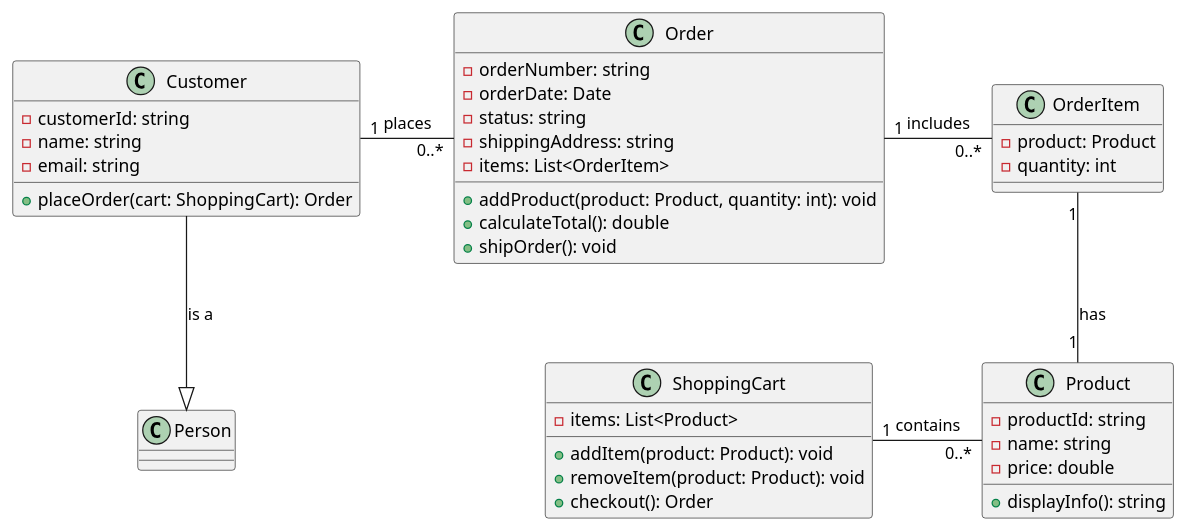
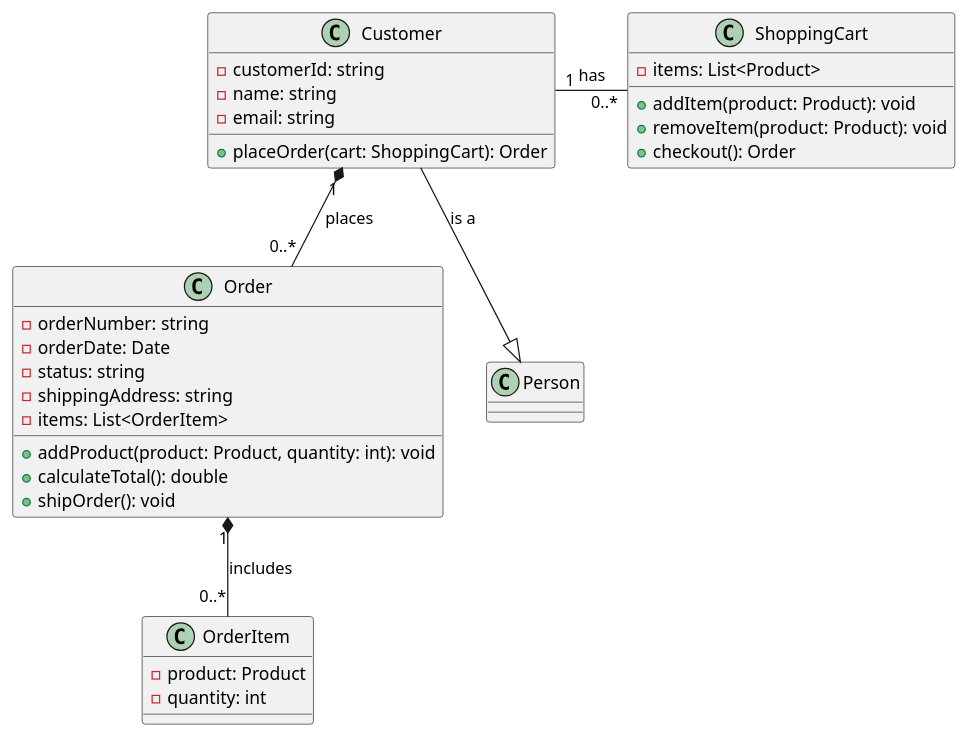
Before and after one commit to anjaligk/UMLv1: the fifth of 5 diagrams in one-class.wsd, drawn with PlantUML. The commit also changed other lines of this file and 19 other files, not shown here.

```diff
--- a/one-class.wsd
+++ b/one-class.wsd
@@ -1,46 +38,37 @@
 @startuml
 
 class ShoppingCart {
   - items: List<Product>
   + addItem(product: Product): void
   + removeItem(product: Product): void
   + checkout(): Order
 }
 
 class Order {
   - orderNumber: string
   - orderDate: Date
   - status: string
   - shippingAddress: string
   - items: List<OrderItem>
   + addProduct(product: Product, quantity: int): void
   + calculateTotal(): double
   + shipOrder(): void
 }
 
 class Customer {
   - customerId: string
   - name: string
   - email: string
   + placeOrder(cart: ShoppingCart): Order
 }
 
-class Product {
-  - productId: string
-  - name: string
-  - price: double
-  + displayInfo(): string
-}
-
 class OrderItem {
   - product: Product
   - quantity: int
 }
 
-ShoppingCart "1" - "0..*" Product : contains
-Customer "1" - "0..*" Order : places
-Order "1" - "0..*" OrderItem : includes
-OrderItem "1" -- "1" Product : has
+Customer "1" - "0..*" ShoppingCart : has
+Customer "1" *-- "0..*" Order : places
+Order "1" *-- "0..*" OrderItem : includes
 Customer --|> Person : is a
-
 @enduml
```
